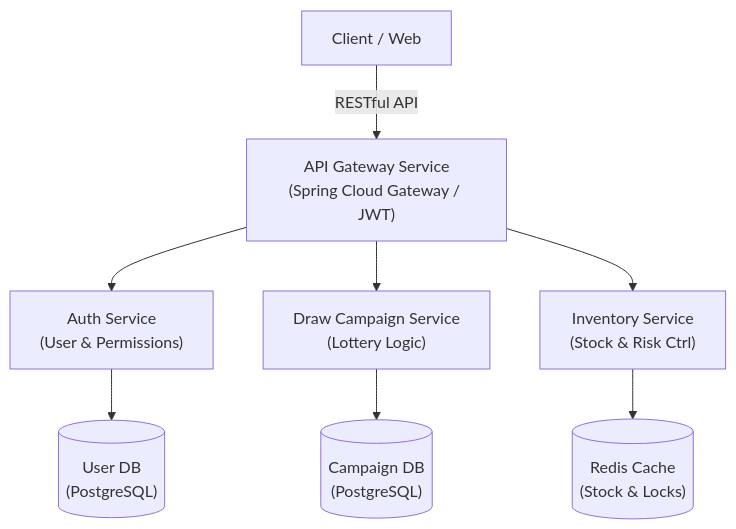
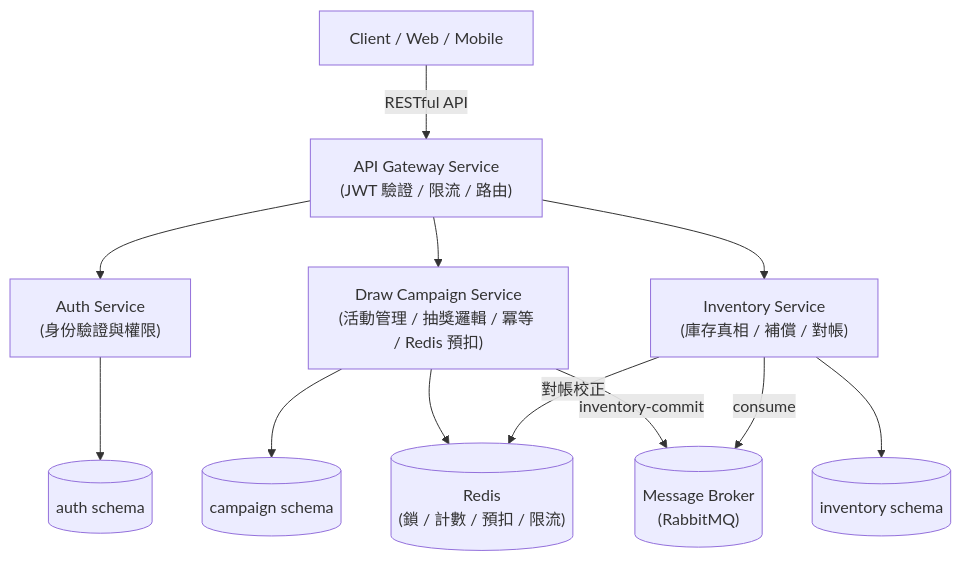
The diagram in README.md (jjyung/lucky-draw-system), drawn with Mermaid before and after one commit. The commit also changed other lines of this file and 9 other files, not shown here.

First line of the commit message:
docs(adr,architecture): reframe ADR-002 to data ownership & isolation

````diff
--- a/README.md
+++ b/README.md
@@ -25,19 +25,26 @@
 ```mermaid
 graph TD
-    Client["Client / Web"]
-    Gateway["API Gateway Service<br/>(Spring Cloud Gateway / JWT)"]
-    Auth["Auth Service<br/>(User & Permissions)"]
-    Draw["Draw Campaign Service<br/>(Lottery Logic)"]
-    Inv["Inventory Service<br/>(Stock & Risk Ctrl)"]
-    UserDB[("User DB<br/>(PostgreSQL)")]
-    CampDB[("Campaign DB<br/>(PostgreSQL)")]
-    RedisCache[("Redis Cache<br/>(Stock & Locks)")]
+    Client["Client / Web / Mobile"]
+    Gateway["API Gateway Service<br/>(JWT 驗證 / 限流 / 路由)"]
+    Auth["Auth Service<br/>(身份驗證與權限)"]
+    Draw["Draw Campaign Service<br/>(活動管理 / 抽獎邏輯 / 冪等 / Redis 預扣)"]
+    Inv["Inventory Service<br/>(庫存真相 / 補償 / 對帳)"]
 
-    Client -->|RESTful API| Gateway
+    AuthSchema[("auth schema")]
+    CampSchema[("campaign schema")]
+    InvSchema[("inventory schema")]
+    RedisCache[("Redis<br/>(鎖 / 計數 / 預扣 / 限流)")]
+    MQ[("Message Broker<br/>(RabbitMQ)")]
+
+    Client -->|"RESTful API"| Gateway
     Gateway --> Auth
     Gateway --> Draw
     Gateway --> Inv
-    Auth --> UserDB
-    Draw --> CampDB
-    Inv --> RedisCache
+    Auth --> AuthSchema
+    Draw --> CampSchema
+    Draw --> RedisCache
+    Draw -->|"inventory-commit"| MQ
+    Inv --> InvSchema
+    Inv -->|"consume"| MQ
+    Inv -->|"對帳校正"| RedisCache
 ```
````
